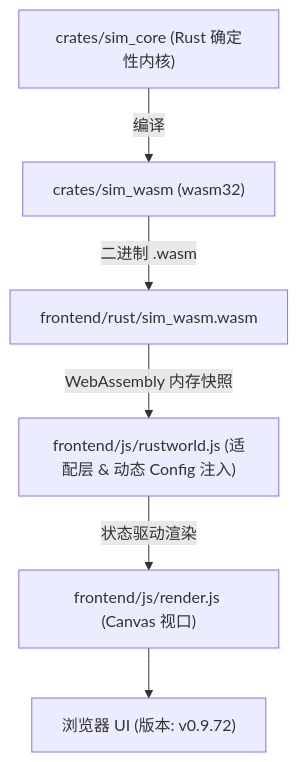
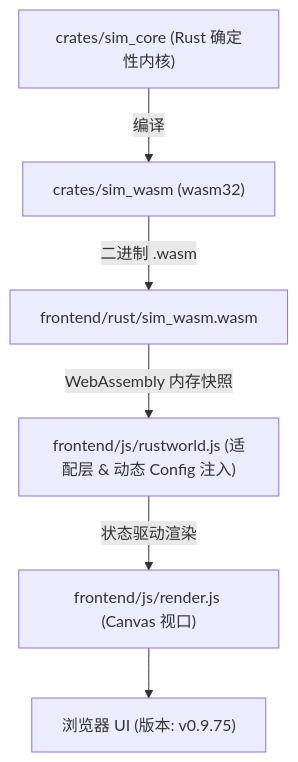
One commit to g39088902/FlowAndAccord changed the diagram in AGENTS.md. Above: the diagram before and after it, drawn with Mermaid. The commit also changed other lines of this file and 10 other files, not shown here.

````diff
--- a/AGENTS.md
+++ b/AGENTS.md
@@ -45,8 +45,8 @@
 ```mermaid
 graph TD
     A["crates/sim_core (Rust 确定性内核)"] -->|编译| B["crates/sim_wasm (wasm32)"]
     B -->|二进制 .wasm| C["frontend/rust/sim_wasm.wasm"]
     C -->|WebAssembly 内存快照| D["frontend/js/rustworld.js (适配层 & 动态 Config 注入)"]
     D -->|状态驱动渲染| E["frontend/js/render.js (Canvas 视口)"]
-    E --> F["浏览器 UI (版本: v0.9.72)"]
+    E --> F["浏览器 UI (版本: v0.9.75)"]
 ```
````
